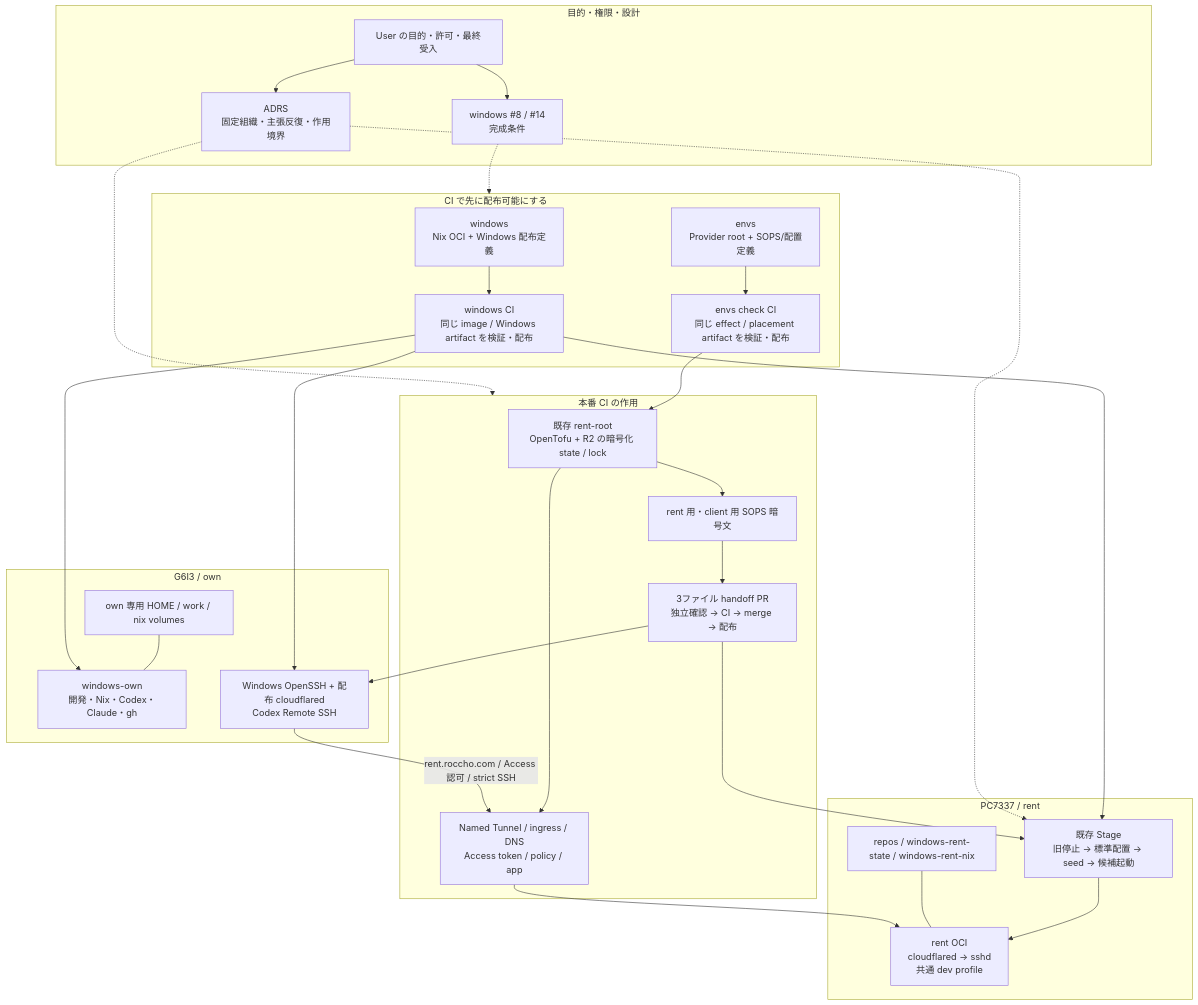
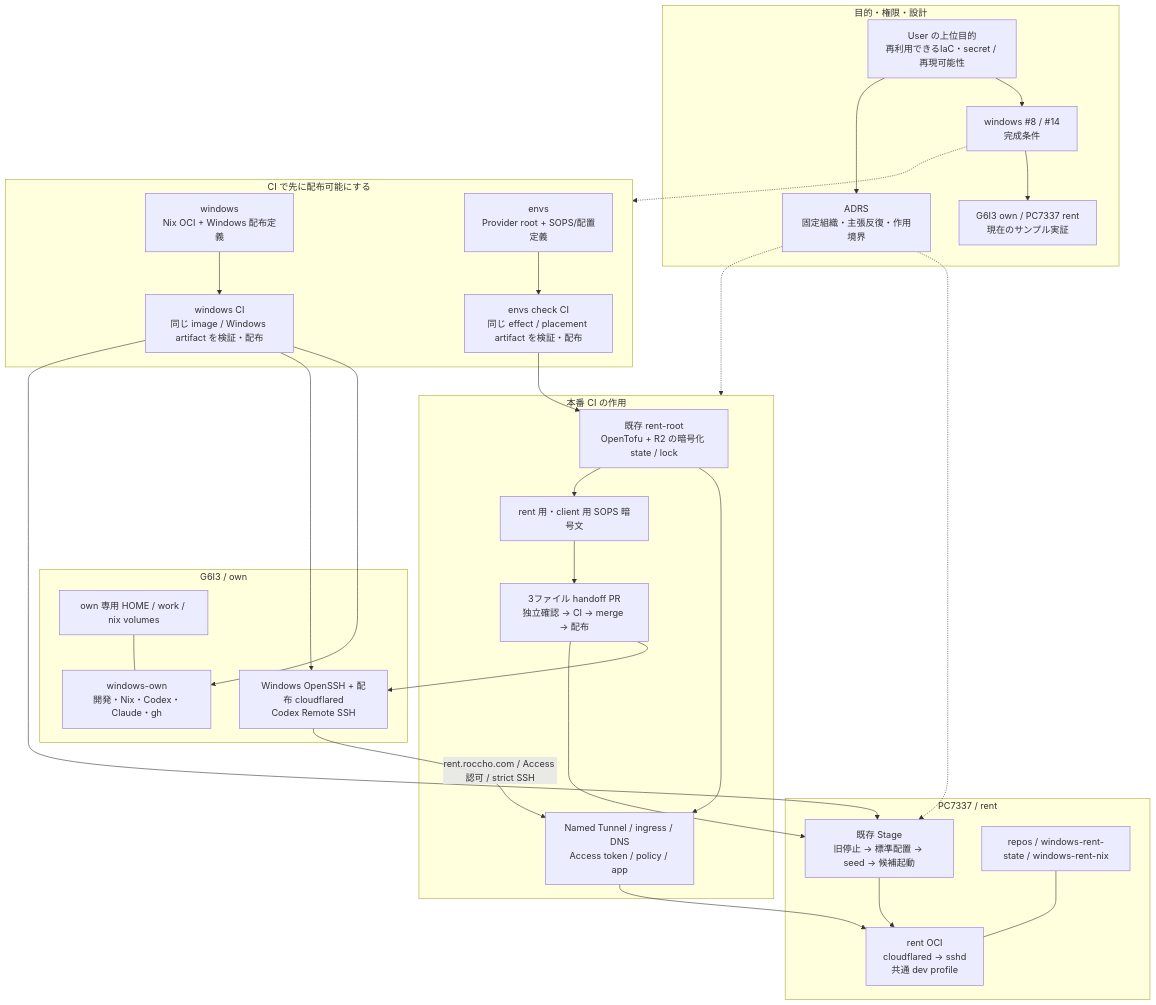
Before and after one commit to roccho-dev/windows: the first of 5 diagrams in docs/rent-cloudflare-flow.md, drawn with Mermaid. The commit also changed other lines of this file, not shown here.

Commit message:
docs: prioritize reusable IaC and secret lifecycle over sample host

````diff
--- a/docs/rent-cloudflare-flow.md
+++ b/docs/rent-cloudflare-flow.md
@@ -22,51 +30,53 @@
 ```mermaid
 flowchart TB
   subgraph authority["目的・権限・設計"]
-    user["User の目的・許可・最終受入"]
+    user["User の上位目的<br/>再利用できるIaC・secret / 再現可能性"]
+    samples["G6I3 own / PC7337 rent<br/>現在のサンプル実証"]
     issues["windows #8 / #14<br/>完成条件"]
     policy["ADRS<br/>固定組織・主張反復・作用境界"]
     user --> issues
     user --> policy
+    issues --> samples
   end
   subgraph distribution["CI で先に配布可能にする"]
     win["windows<br/>Nix OCI + Windows 配布定義"]
     envs["envs<br/>Provider root + SOPS/配置定義"]
     winCI["windows CI<br/>同じ image / Windows artifact を検証・配布"]
     envCI["envs check CI<br/>同じ effect / placement artifact を検証・配布"]
     win --> winCI
     envs --> envCI
   end
   subgraph provider["本番 CI の作用"]
     root["既存 rent-root<br/>OpenTofu + R2 の暗号化 state / lock"]
     cf["Named Tunnel / ingress / DNS<br/>Access token / policy / app"]
     sealed["rent 用・client 用 SOPS 暗号文"]
     handoff["3ファイル handoff PR<br/>独立確認 → CI → merge → 配布"]
     envCI --> root
     root --> cf
     root --> sealed
     sealed --> handoff
   end
   subgraph own["G6I3 / own"]
     ownOCI["windows-own<br/>開発・Nix・Codex・Claude・gh"]
     client["Windows OpenSSH + 配布 cloudflared<br/>Codex Remote SSH"]
     ownState["own 専用 HOME / work / nix volumes"]
     ownState --- ownOCI
   end
   subgraph rent["PC7337 / rent"]
     stage["既存 Stage<br/>旧停止 → 標準配置 → seed → 候補起動"]
     rentOCI["rent OCI<br/>cloudflared → sshd<br/>共通 dev profile"]
     rentState["repos / windows-rent-state / windows-rent-nix"]
     stage --> rentOCI
     rentState --- rentOCI
   end
   winCI --> ownOCI
   winCI --> client
   winCI --> stage
   handoff --> client
   handoff --> stage
   client -->|"rent.roccho.com / Access 認可 / strict SSH"| cf
   cf --> rentOCI
   issues -.-> distribution
   policy -.-> provider
   policy -.-> stage
 ```
````
